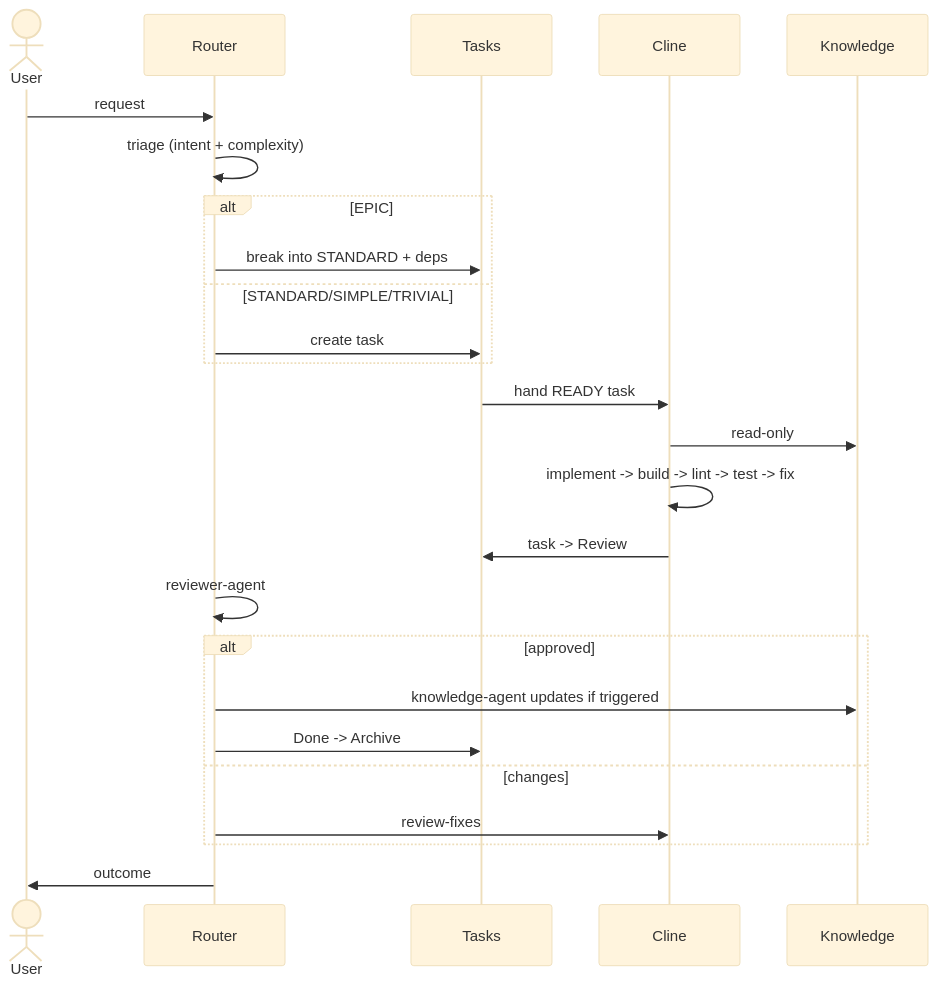
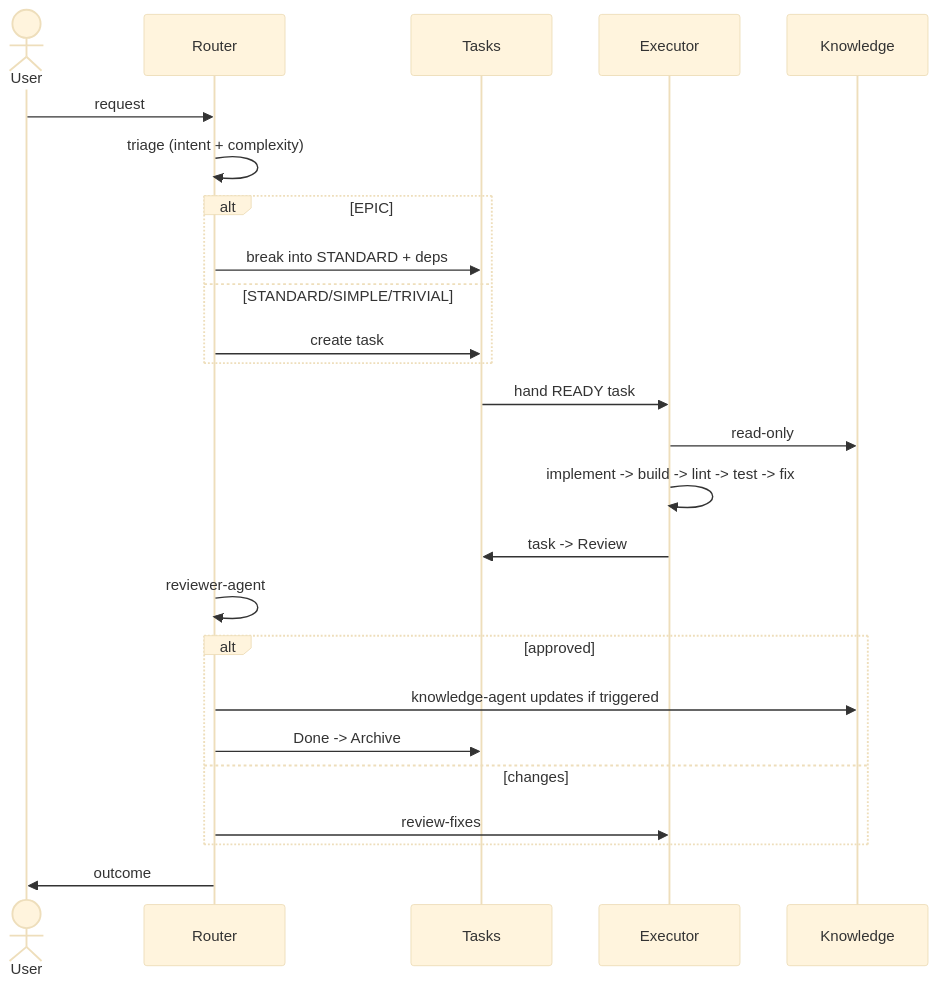
Before and after one commit to Vtquan123/strix: the diagram in reference/docs/workflow.md, drawn with Mermaid (base theme). The commit also changed other lines of this file and 95 other files, not shown here.

````diff
--- a/reference/docs/workflow.md
+++ b/reference/docs/workflow.md
@@ -25,27 +25,27 @@
 ```mermaid
 sequenceDiagram
     actor User
     participant Router
     participant Tasks
-    participant Cline
+    participant Executor
     participant Know as Knowledge
     User->>Router: request
     Router->>Router: triage (intent + complexity)
     alt EPIC
       Router->>Tasks: break into STANDARD + deps
     else STANDARD/SIMPLE/TRIVIAL
       Router->>Tasks: create task
     end
-    Tasks->>Cline: hand READY task
-    Cline->>Know: read-only
-    Cline->>Cline: implement -> build -> lint -> test -> fix
-    Cline->>Tasks: task -> Review
+    Tasks->>Executor: hand READY task
+    Executor->>Know: read-only
+    Executor->>Executor: implement -> build -> lint -> test -> fix
+    Executor->>Tasks: task -> Review
     Router->>Router: reviewer-agent
     alt approved
       Router->>Know: knowledge-agent updates if triggered
       Router->>Tasks: Done -> Archive
     else changes
-      Router->>Cline: review-fixes
+      Router->>Executor: review-fixes
     end
     Router->>User: outcome
 ```
````
